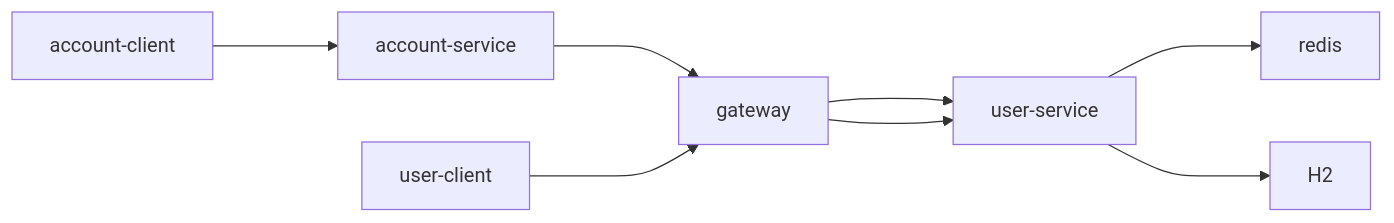
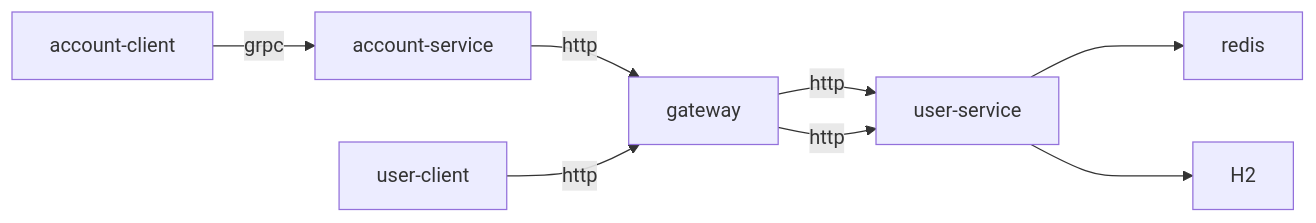
The diagram in README.md (FrankChen021/bithon-demo), drawn with Mermaid before and after one commit. The commit also changed other lines of this file, not shown here.

````diff
--- a/README.md
+++ b/README.md
@@ -7,7 +9,7 @@
 ```mermaid
 flowchart LR
-    account-client ---> account-service ---> gateway ---> user-service
-    user-client ---> gateway ---> user-service
+    account-client --grpc--> account-service --http--> gateway --http--> user-service
+    user-client --http--> gateway --http--> user-service
     user-service ---> redis
     user-service ---> H2
 ```
````
